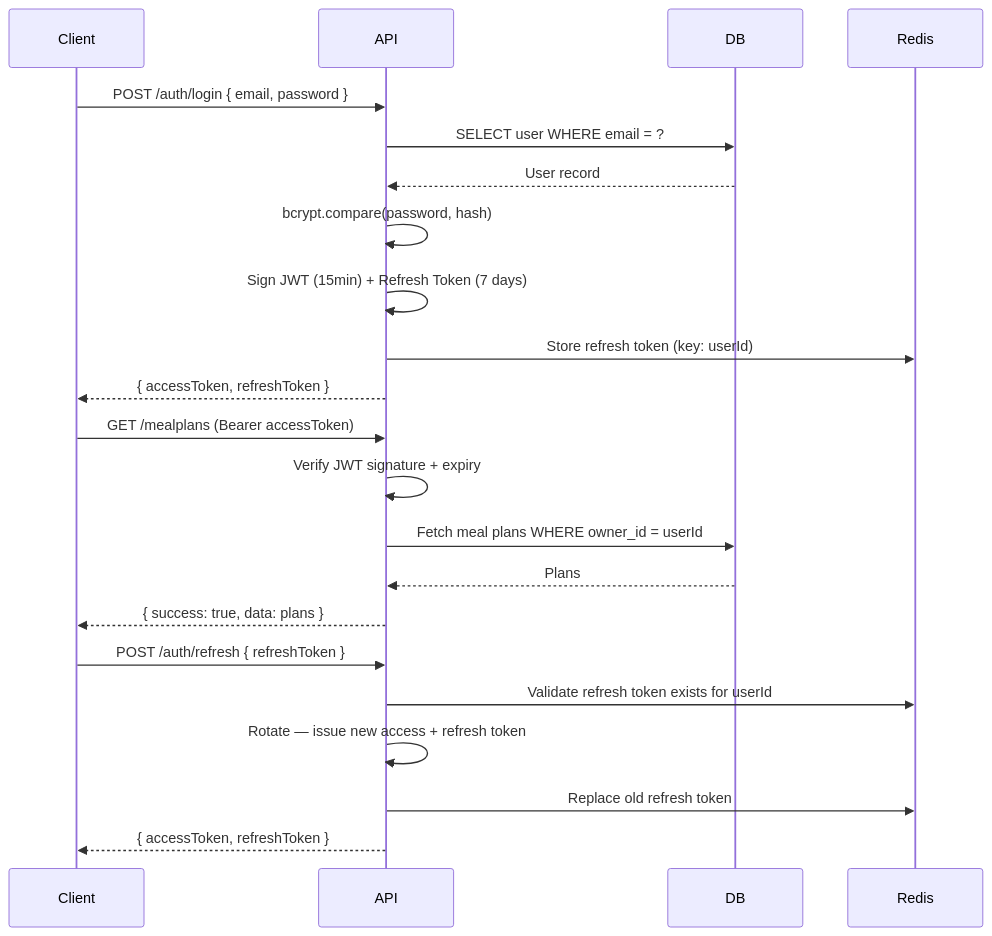
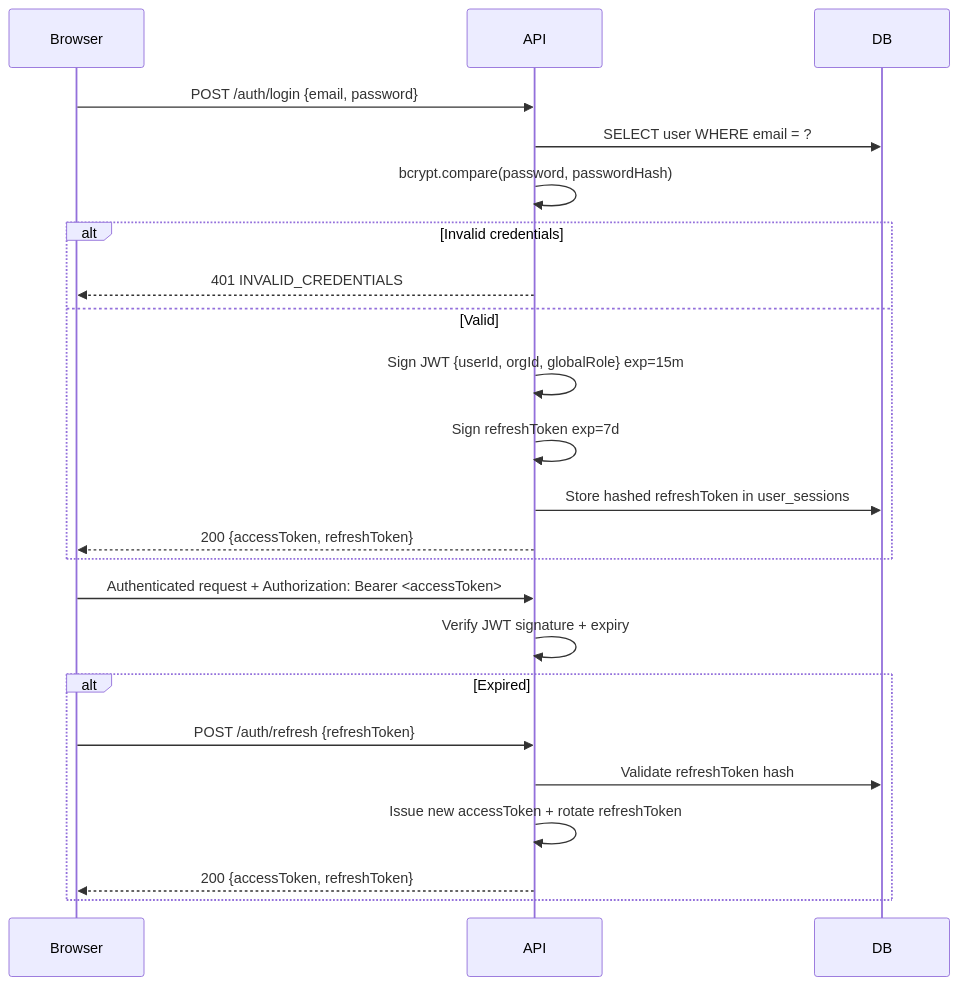
One commit to RenukaKumarAleti/code-smith changed the third of 4 diagrams in product-initialisation/example.md. Above: the diagram before and after it, drawn with Mermaid. The commit also changed other lines of this file and 7 other files, not shown here.

````diff
--- a/product-initialisation/example.md
+++ b/product-initialisation/example.md
@@ -542,27 +941,27 @@
 ```mermaid
 sequenceDiagram
-    participant Client
+    participant Browser
     participant API
     participant DB
-    participant Redis
 
-    Client->>API: POST /auth/login { email, password }
+    Browser->>API: POST /auth/login {email, password}
     API->>DB: SELECT user WHERE email = ?
-    DB-->>API: User record
-    API->>API: bcrypt.compare(password, hash)
-    API->>API: Sign JWT (15min) + Refresh Token (7 days)
-    API->>Redis: Store refresh token (key: userId)
-    API-->>Client: { accessToken, refreshToken }
+    API->>API: bcrypt.compare(password, passwordHash)
+    alt Invalid credentials
+        API-->>Browser: 401 INVALID_CREDENTIALS
+    else Valid
+        API->>API: Sign JWT {userId, orgId, globalRole} exp=15m
+        API->>API: Sign refreshToken exp=7d
+        API->>DB: Store hashed refreshToken in user_sessions
+        API-->>Browser: 200 {accessToken, refreshToken}
+    end
 
-    Client->>API: GET /mealplans (Bearer accessToken)
+    Browser->>API: Authenticated request + Authorization: Bearer <accessToken>
     API->>API: Verify JWT signature + expiry
-    API->>DB: Fetch meal plans WHERE owner_id = userId
-    DB-->>API: Plans
-    API-->>Client: { success: true, data: plans }
-
-    Client->>API: POST /auth/refresh { refreshToken }
-    API->>Redis: Validate refresh token exists for userId
-    API->>API: Rotate — issue new access + refresh token
-    API->>Redis: Replace old refresh token
-    API-->>Client: { accessToken, refreshToken }
+    alt Expired
+        Browser->>API: POST /auth/refresh {refreshToken}
+        API->>DB: Validate refreshToken hash
+        API->>API: Issue new accessToken + rotate refreshToken
+        API-->>Browser: 200 {accessToken, refreshToken}
+    end
 ```
````
